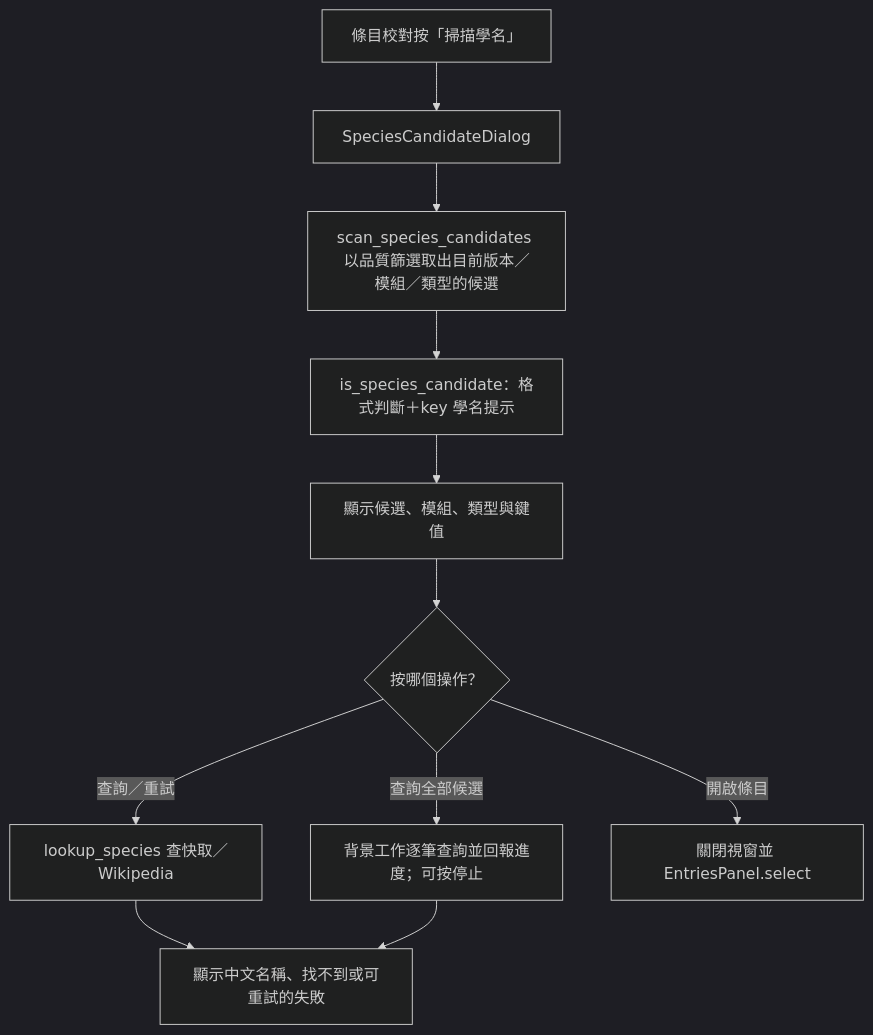
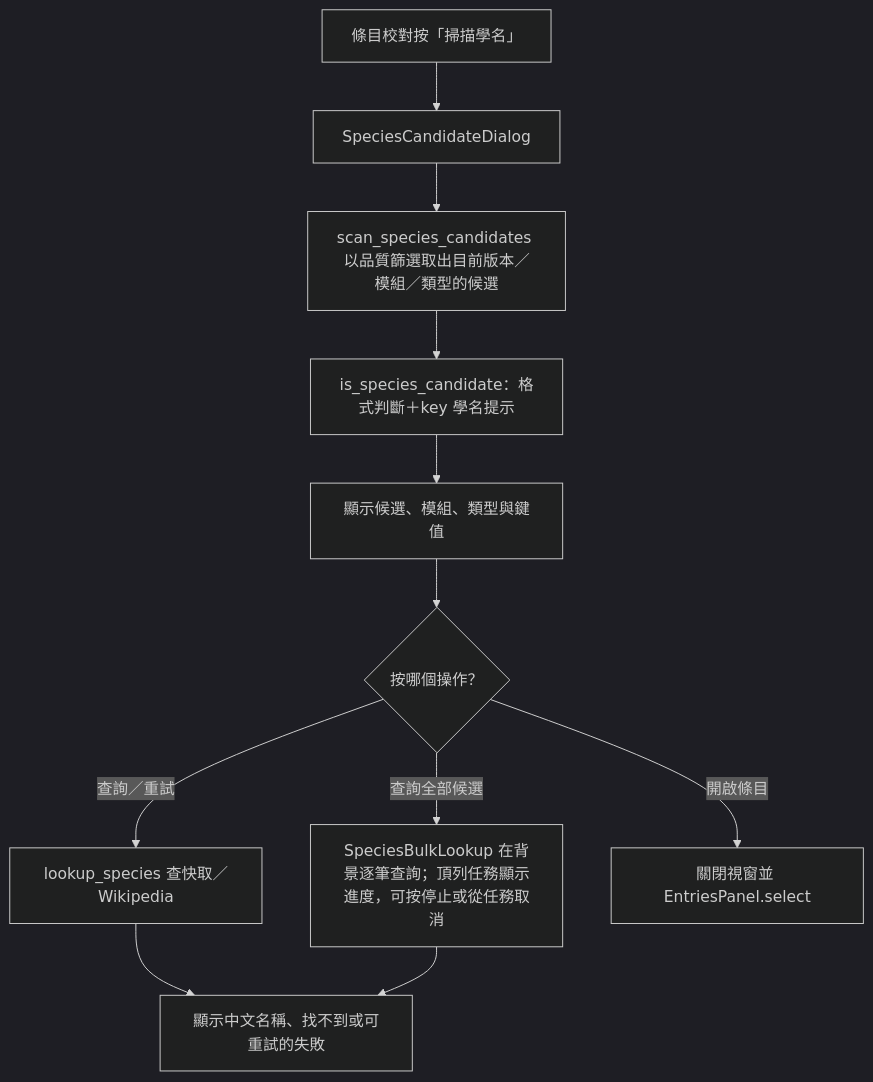
The fourth of 7 diagrams in docs/page_flows/moddb.md (jlin53882/Minecraft-translate), drawn with Mermaid (dark theme) before and after one commit. The commit also changed other lines of this file and 7 other files, not shown here.

First line of the commit message:
feat(moddb): run bulk species lookup as a background task

````diff
--- a/docs/page_flows/moddb.md
+++ b/docs/page_flows/moddb.md
@@ -81,13 +81,13 @@
 ```mermaid
 flowchart TD
     A["條目校對按「掃描學名」"] --> B["SpeciesCandidateDialog"]
     B --> C["scan_species_candidates 以品質篩選取出目前版本／模組／類型的候選"]
     C --> D["is_species_candidate：格式判斷＋key 學名提示"]
     D --> E["顯示候選、模組、類型與鍵值"]
     E --> F{"按哪個操作？"}
     F -- "查詢／重試" --> G["lookup_species 查快取／Wikipedia"]
-    F -- "查詢全部候選" --> H["背景工作逐筆查詢並回報進度；可按停止"]
+    F -- "查詢全部候選" --> H["SpeciesBulkLookup 在背景逐筆查詢；頂列任務顯示進度，可按停止或從任務取消"]
     F -- "開啟條目" --> I["關閉視窗並 EntriesPanel.select"]
     G --> J["顯示中文名稱、找不到或可重試的失敗"]
     H --> J
 ```
````
